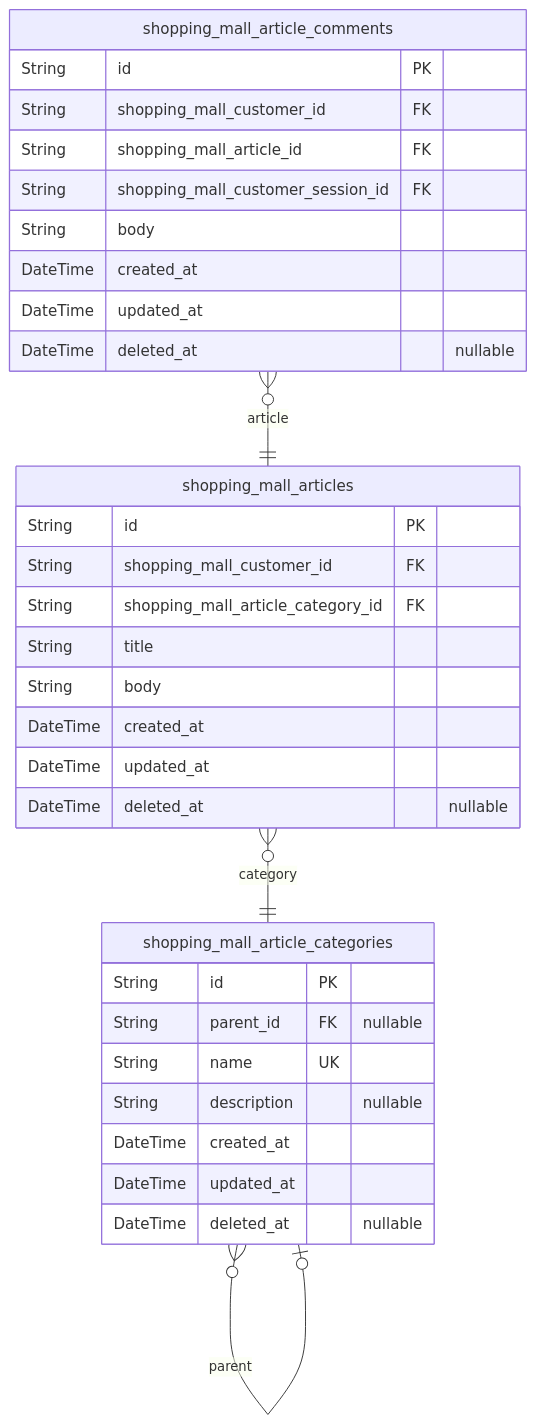
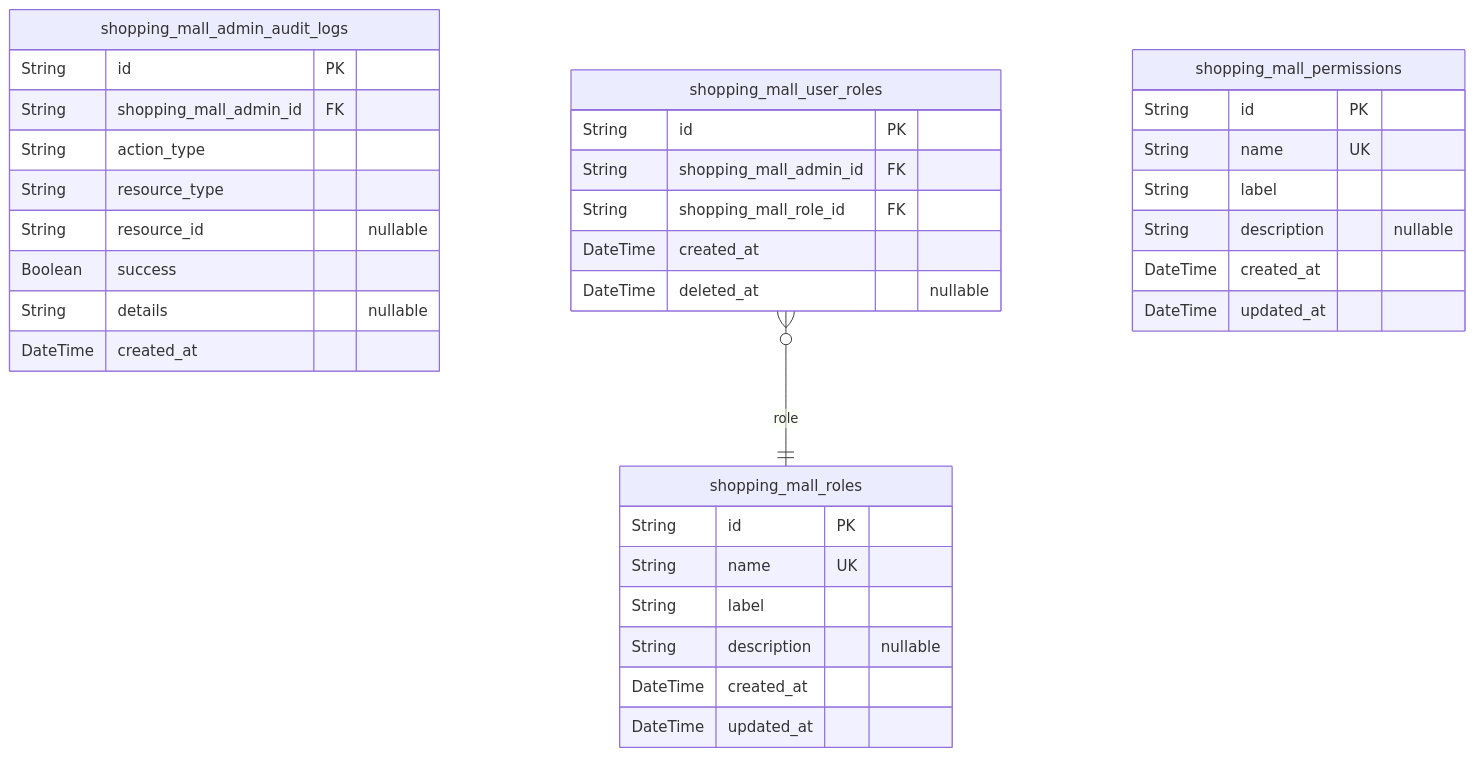
One commit to wrtnlabs/autobe-examples changed the ninth of 10 diagrams in openai/gpt-4.1-mini/shopping/docs/ERD.md. Above: the diagram before and after it, drawn with Mermaid. The commit also changed other lines of this file and 1553 other files, not shown here.

````diff
--- a/openai/gpt-4.1-mini/shopping/docs/ERD.md
+++ b/openai/gpt-4.1-mini/shopping/docs/ERD.md
@@ -1408,35 +1161,37 @@
 ```mermaid
 erDiagram
-"shopping_mall_articles" {
+"shopping_mall_admin_audit_logs" {
   String id PK
-  String shopping_mall_customer_id FK
-  String shopping_mall_article_category_id FK
-  String title
-  String body
+  String shopping_mall_admin_id FK
+  String action_type
+  String resource_type
+  String resource_id "nullable"
+  Boolean success
+  String details "nullable"
   DateTime created_at
-  DateTime updated_at
-  DateTime deleted_at "nullable"
 }
-"shopping_mall_article_categories" {
+"shopping_mall_roles" {
   String id PK
-  String parent_id FK "nullable"
   String name UK
+  String label
   String description "nullable"
   DateTime created_at
   DateTime updated_at
+}
+"shopping_mall_user_roles" {
+  String id PK
+  String shopping_mall_admin_id FK
+  String shopping_mall_role_id FK
+  DateTime created_at
   DateTime deleted_at "nullable"
 }
-"shopping_mall_article_comments" {
+"shopping_mall_permissions" {
   String id PK
-  String shopping_mall_customer_id FK
-  String shopping_mall_article_id FK
-  String shopping_mall_customer_session_id FK
-  String body
+  String name UK
+  String label
+  String description "nullable"
   DateTime created_at
   DateTime updated_at
-  DateTime deleted_at "nullable"
 }
-"shopping_mall_articles" }o--|| "shopping_mall_article_categories" : category
-"shopping_mall_article_categories" }o--o| "shopping_mall_article_categories" : parent
-"shopping_mall_article_comments" }o--|| "shopping_mall_articles" : article
+"shopping_mall_user_roles" }o--|| "shopping_mall_roles" : role
 ```
````
